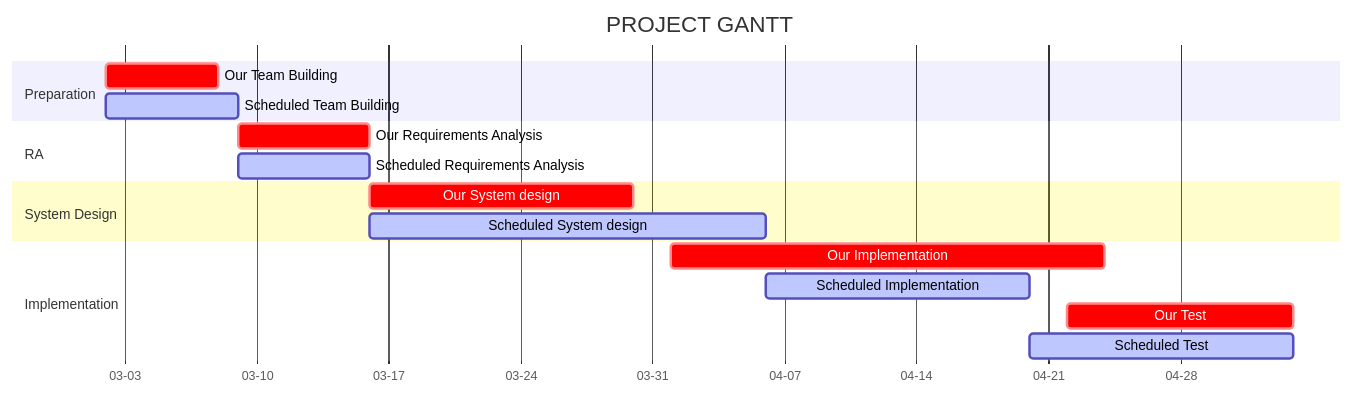
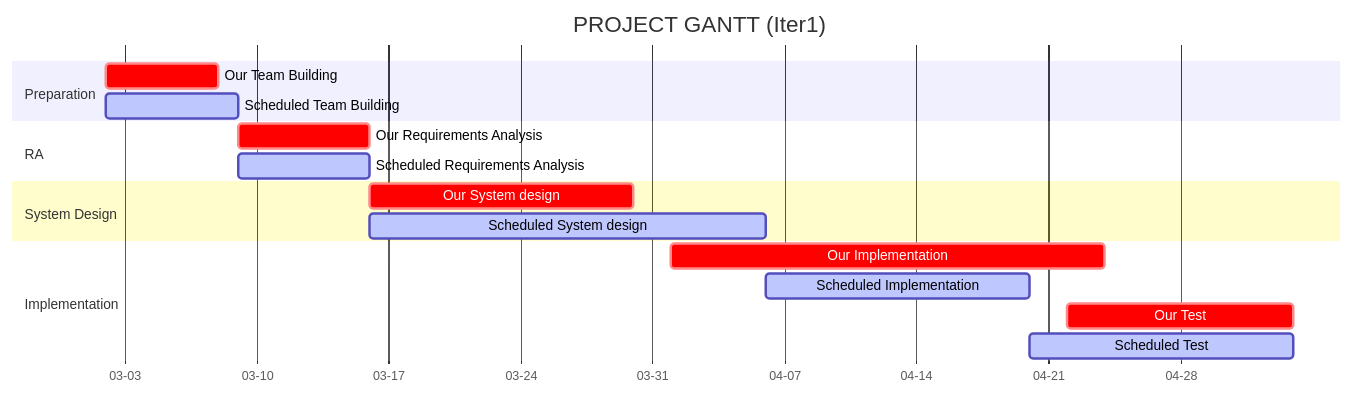
Before and after one commit to zkc3783/dream-share-discover: the diagram in CALENDER.md, drawn with Mermaid. The commit also changed 1 other file, not shown here.

Commit message:
readme updated

````diff
--- a/CALENDER.md
+++ b/CALENDER.md
@@ -9,20 +9,20 @@
 ```mermaid
 gantt
 dateFormat MM-DD
 axisFormat %m-%d
-title PROJECT GANTT
+title PROJECT GANTT (Iter1)
 section Preparation
 Our Team Building: crit, a1, 03-02, 6d
 Scheduled Team Building: active, a3, 03-02, 7d
 section RA
 Our Requirements Analysis: crit, 03-09 , 7d
 Scheduled Requirements Analysis: active, 03-09, 7d
 section System Design
 Our System design: crit, 03-16, 14d
 Scheduled System design: active, 03-16, 21d
 section Implementation
 Our Implementation: crit, 04-01, 23d
 Scheduled Implementation: active, 04-06, 14d
 Our Test: crit, 04-22, 12d
 Scheduled Test: active, 04-20, 14d
 ```
````
